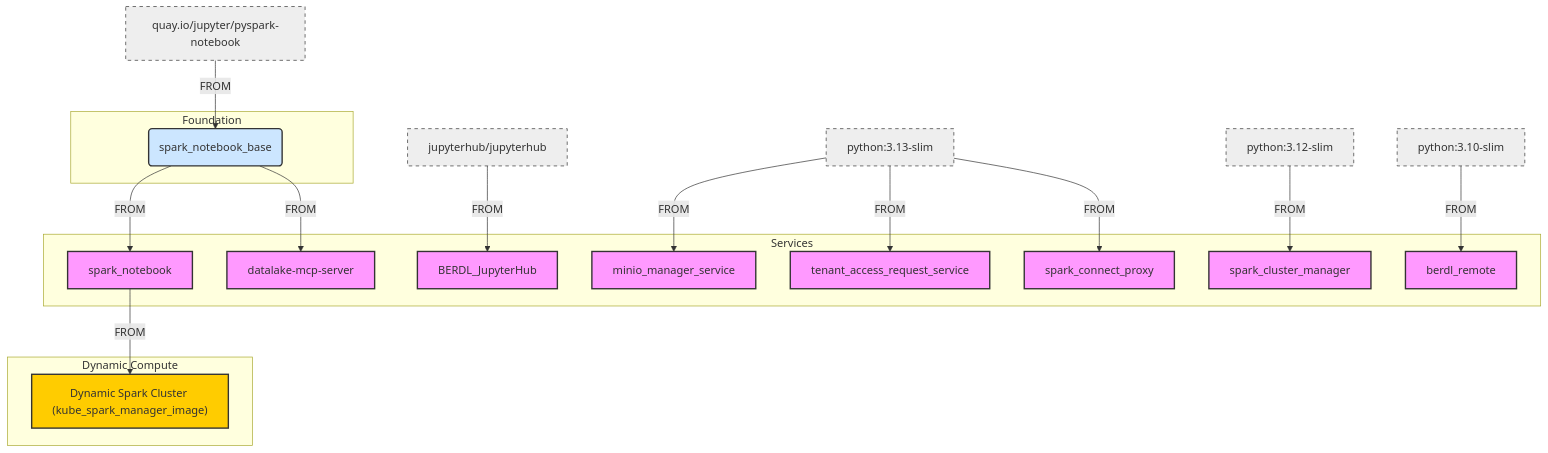
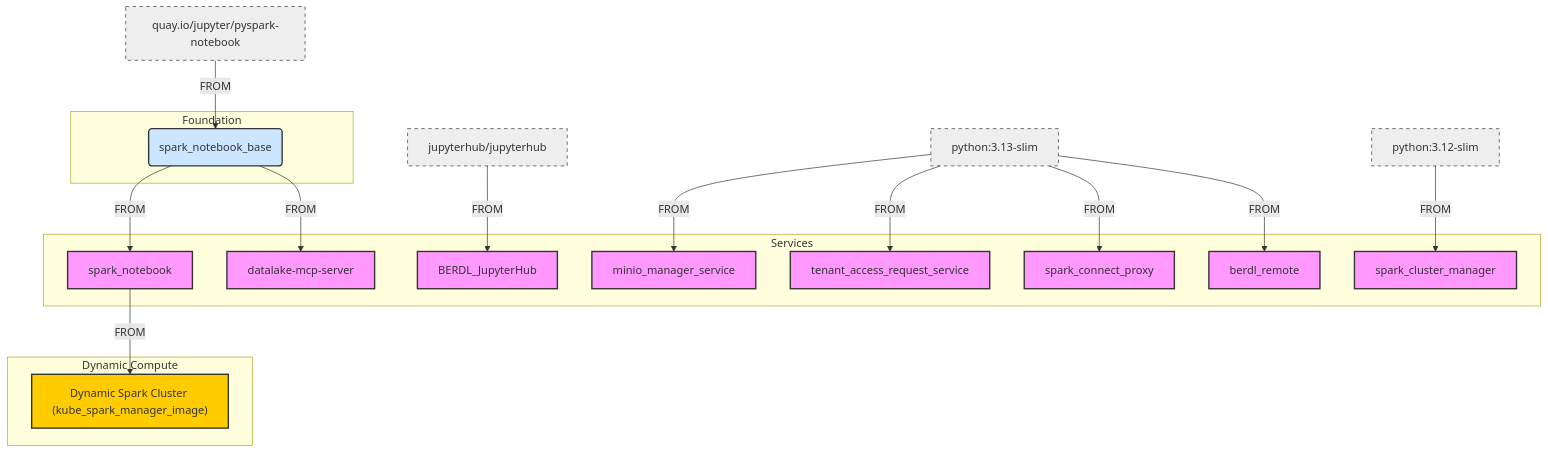
The second of 3 diagrams in README.md (BERDataLakehouse/berdl_docs), drawn with Mermaid before and after one commit. The commit also changed 1 other file, not shown here.

Commit message:
Fix berdl_remote Python version (3.10 → 3.13) in diagram and service doc
berdl_remote requires-python >= 3.13 per pyproject.toml. The container
dependency diagram incorrectly showed python:3.10-slim as its base.
Removed the unused PY310 node and updated the edge to PY313. Added
Python version and package manager metadata to the service doc.

````diff
--- a/README.md
+++ b/README.md
@@ -118,57 +118,56 @@
 ```mermaid
 graph TD
     %% Base Images
     JQ[quay.io/jupyter/pyspark-notebook]
     PUB_JH[jupyterhub/jupyterhub]
     PY313[python:3.13-slim]
     PY312[python:3.12-slim]
-    PY310[python:3.10-slim]
 
     %% Internal Base
     subgraph Foundation
         id1(spark_notebook_base)
     end
 
     %% Services
     subgraph Services
         NB[spark_notebook]
         MCP[datalake-mcp-server]
         MMS[minio_manager_service]
         SCM[spark_cluster_manager]
         JH[BERDL_JupyterHub]
         TAS[tenant_access_request_service]
         BRM[berdl_remote]
         SPX[spark_connect_proxy]
     end
 
     %% Dynamic Compute
     subgraph DynamicCompute ["Dynamic Compute"]
         DYNC["Dynamic Spark Cluster (kube_spark_manager_image)"]
     end
 
     %% Relations
     JQ -->|FROM| id1
     
     id1 -->|FROM| NB
     id1 -->|FROM| MCP
     
     NB -->|FROM| DYNC
     
     PUB_JH -->|FROM| JH
     PY313 -->|FROM| MMS
     PY313 -->|FROM| TAS
     PY313 -->|FROM| SPX
     PY312 -->|FROM| SCM
-    PY310 -->|FROM| BRM
+    PY313 -->|FROM| BRM
     
     %% Styling
     classDef external fill:#eee,stroke:#333,stroke-dasharray: 5 5;
     classDef internal fill:#cce6ff,stroke:#333,stroke-width:2px;
     classDef service fill:#f9f,stroke:#333,stroke-width:2px;
     classDef compute fill:#ffcc00,stroke:#333,stroke-width:2px;
 
-    class JQ,PUB_JH,PY313,PY312,PY310 external;
+    class JQ,PUB_JH,PY313,PY312 external;
     class id1 internal;
     class NB,MCP,MMS,SCM,JH,TAS,BRM,SPX service;
     class DYNC compute;
 ```
````
